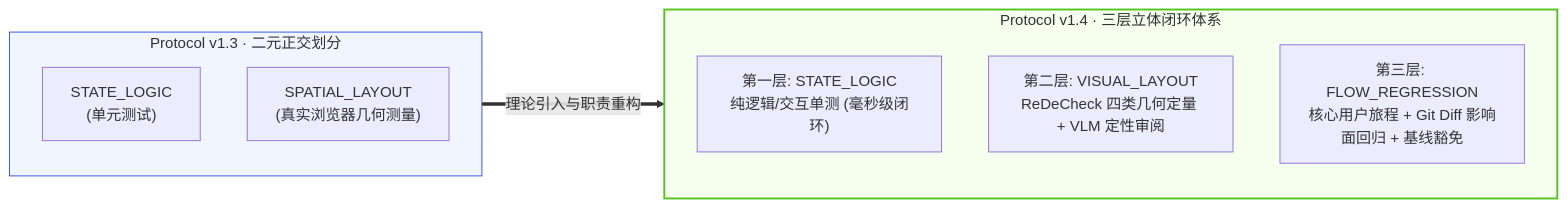
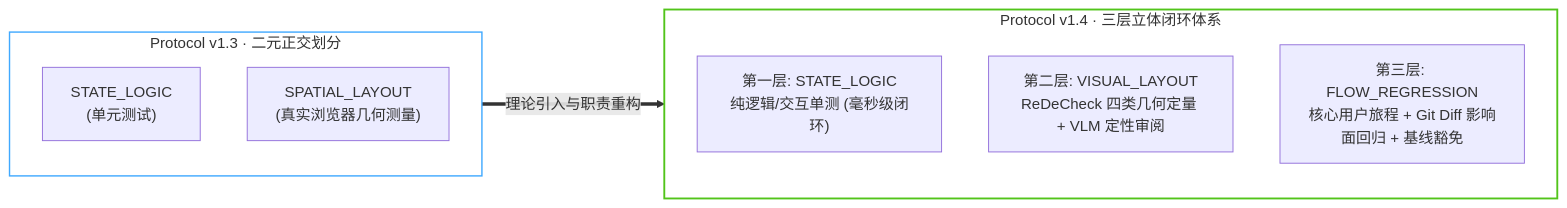
One commit to heycqing/orca-dev-squad changed the second of 5 diagrams in _shared/研发测试小分队交付协议演进对比报告（v1.0至v1.4）.md. Above: the diagram before and after it, drawn with Mermaid. The commit also changed other lines of this file, not shown here.

````diff
--- a/_shared/研发测试小分队交付协议演进对比报告（v1.0至v1.4）.md
+++ b/_shared/研发测试小分队交付协议演进对比报告（v1.0至v1.4）.md
@@ -90,20 +90,20 @@
 ```mermaid
 flowchart LR
     subgraph V13["Protocol v1.3 · 二元正交划分"]
         direction TB
         A1["STATE_LOGIC<br/>(单元测试)"]
         A2["SPATIAL_LAYOUT<br/>(真实浏览器几何测量)"]
     end
 
     subgraph V14["Protocol v1.4 · 三层立体闭环体系"]
         direction TB
         B1["第一层: STATE_LOGIC<br/>纯逻辑/交互单测 (毫秒级闭环)"]
         B2["第二层: VISUAL_LAYOUT<br/>ReDeCheck 四类几何定量 + VLM 定性审阅"]
         B3["第三层: FLOW_REGRESSION<br/>核心用户旅程 + Git Diff 影响面回归 + 基线豁免"]
     end
 
     V13 ==>|"理论引入与职责重构"| V14
 
-    style V13 fill:#f0f5ff,stroke:#2f54eb,stroke-width:1px
-    style V14 fill:#f6ffed,stroke:#52c41a,stroke-width:2px
+    style V13 fill:transparent,stroke:#40a9ff,stroke-width:1.5px
+    style V14 fill:transparent,stroke:#52c41a,stroke-width:2px
 ```
````
